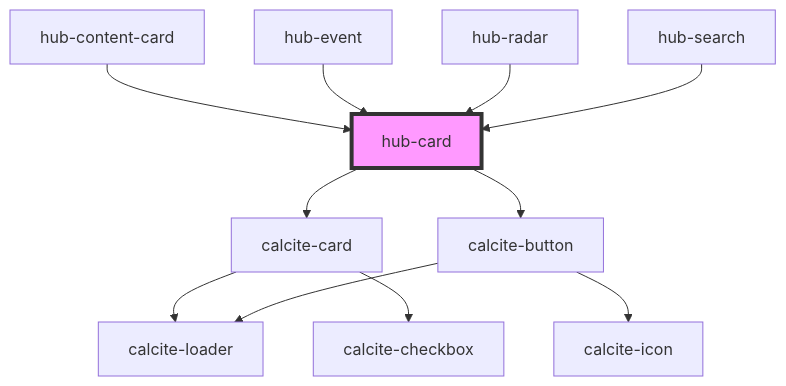
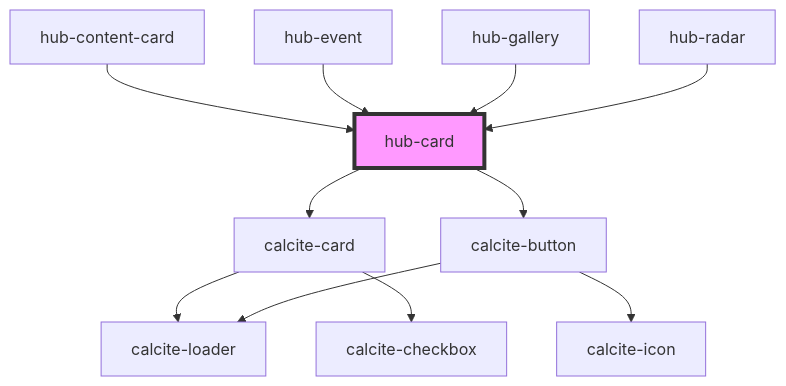
The diagram in src/components/hub-card/readme.md (esridc/hub-components-experiments), drawn with Mermaid before and after one commit. The commit also changed other lines of this file and 11 other files, not shown here.

Commit message:
Changed hub-search to hub-gallery

````diff
--- a/src/components/hub-card/readme.md
+++ b/src/components/hub-card/readme.md
@@ -38,14 +38,14 @@
 ```mermaid
 graph TD;
   hub-card --> calcite-card
   hub-card --> calcite-button
   calcite-card --> calcite-loader
   calcite-card --> calcite-checkbox
   calcite-button --> calcite-loader
   calcite-button --> calcite-icon
   hub-content-card --> hub-card
   hub-event --> hub-card
+  hub-gallery --> hub-card
   hub-radar --> hub-card
-  hub-search --> hub-card
   style hub-card fill:#f9f,stroke:#333,stroke-width:4px
 ```
````
